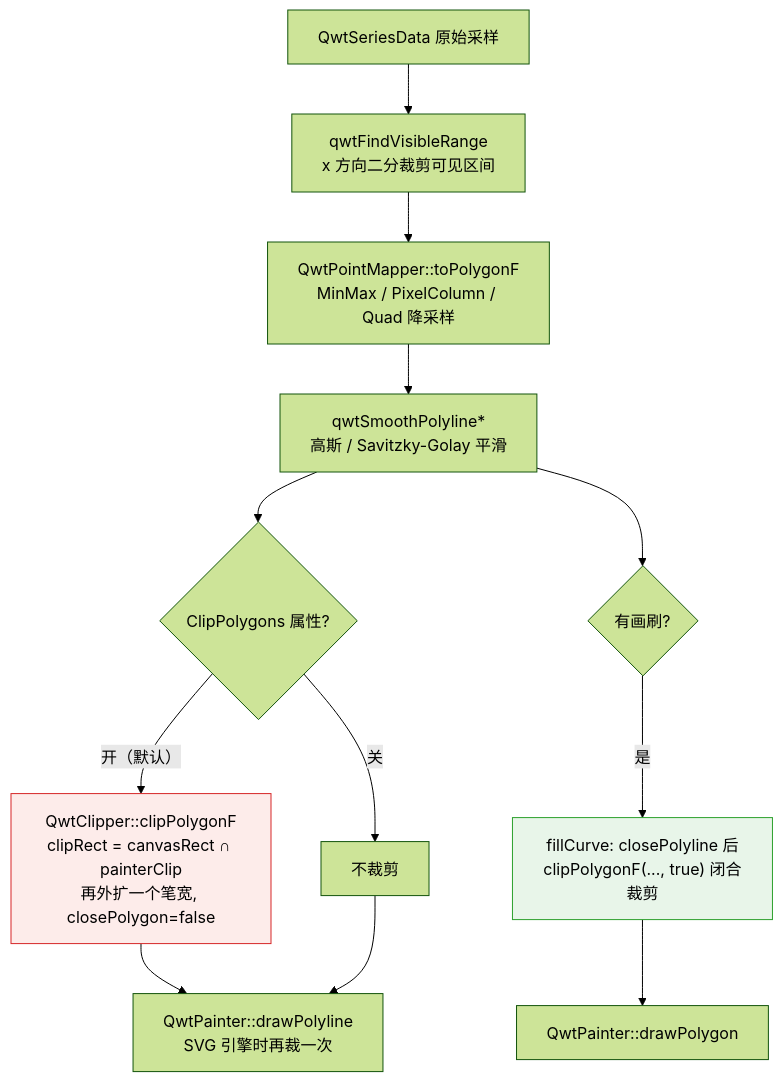
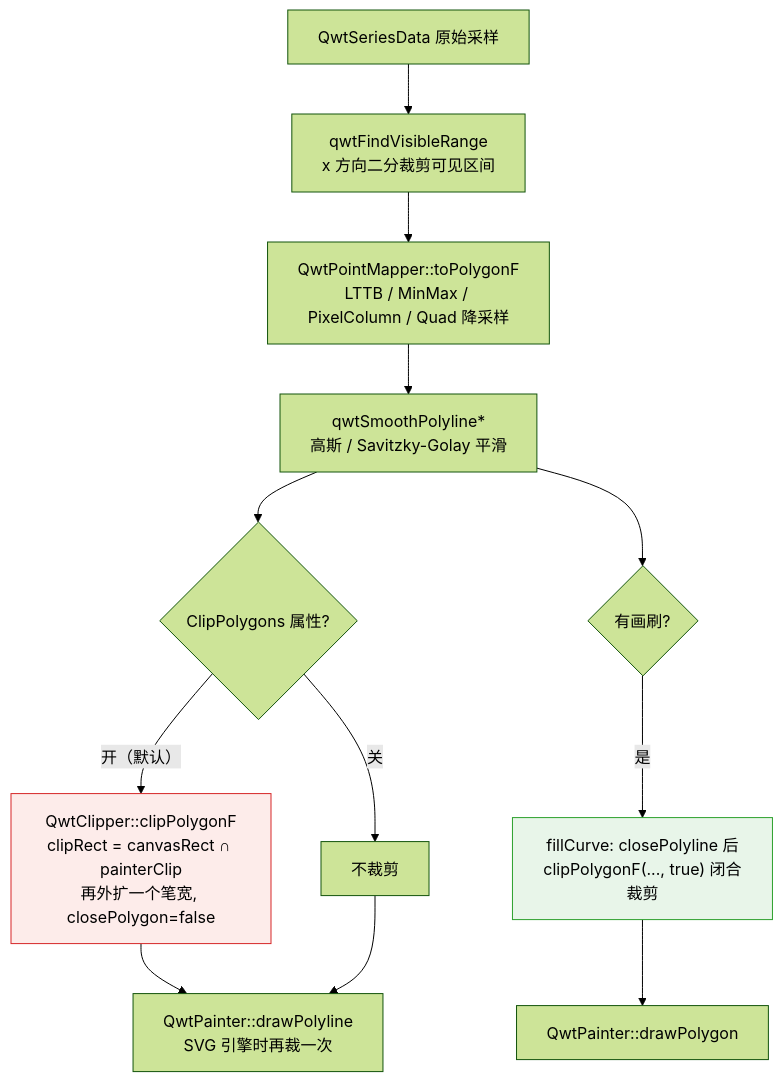
One commit to czyt1988/QWT changed the diagram in docs/zh/tech-report/polygon-clipping.md. Above: the diagram before and after it, drawn with Mermaid (forest theme). The commit also changed other lines of this file and 1 other file, not shown here.

First line of the commit message:
docs(report): verify polygon-clipping against the current source

````diff
--- a/docs/zh/tech-report/polygon-clipping.md
+++ b/docs/zh/tech-report/polygon-clipping.md
@@ -37,17 +37,17 @@
 ```mermaid
 flowchart TB
     A["QwtSeriesData 原始采样"] --> B["qwtFindVisibleRange<br/>x 方向二分裁剪可见区间"]
-    B --> C["QwtPointMapper::toPolygonF<br/>MinMax / PixelColumn / Quad 降采样"]
+    B --> C["QwtPointMapper::toPolygonF<br/>LTTB / MinMax / PixelColumn / Quad 降采样"]
     C --> D["qwtSmoothPolyline*<br/>高斯 / Savitzky-Golay 平滑"]
     D --> E{"ClipPolygons 属性?"}
     E -->|"开（默认）"| F["QwtClipper::clipPolygonF<br/>clipRect = canvasRect ∩ painterClip<br/>再外扩一个笔宽, closePolygon=false"]
     E -->|"关"| G["不裁剪"]
     F --> H["QwtPainter::drawPolyline<br/>SVG 引擎时再裁一次"]
     G --> H
     D --> I{"有画刷?"}
     I -->|"是"| J["fillCurve: closePolyline 后<br/>clipPolygonF(..., true) 闭合裁剪"]
     J --> K["QwtPainter::drawPolygon"]
 
     style F fill:#fdecea,stroke:#d62728
     style J fill:#e8f5e9,stroke:#2ca02c
 ```
````
